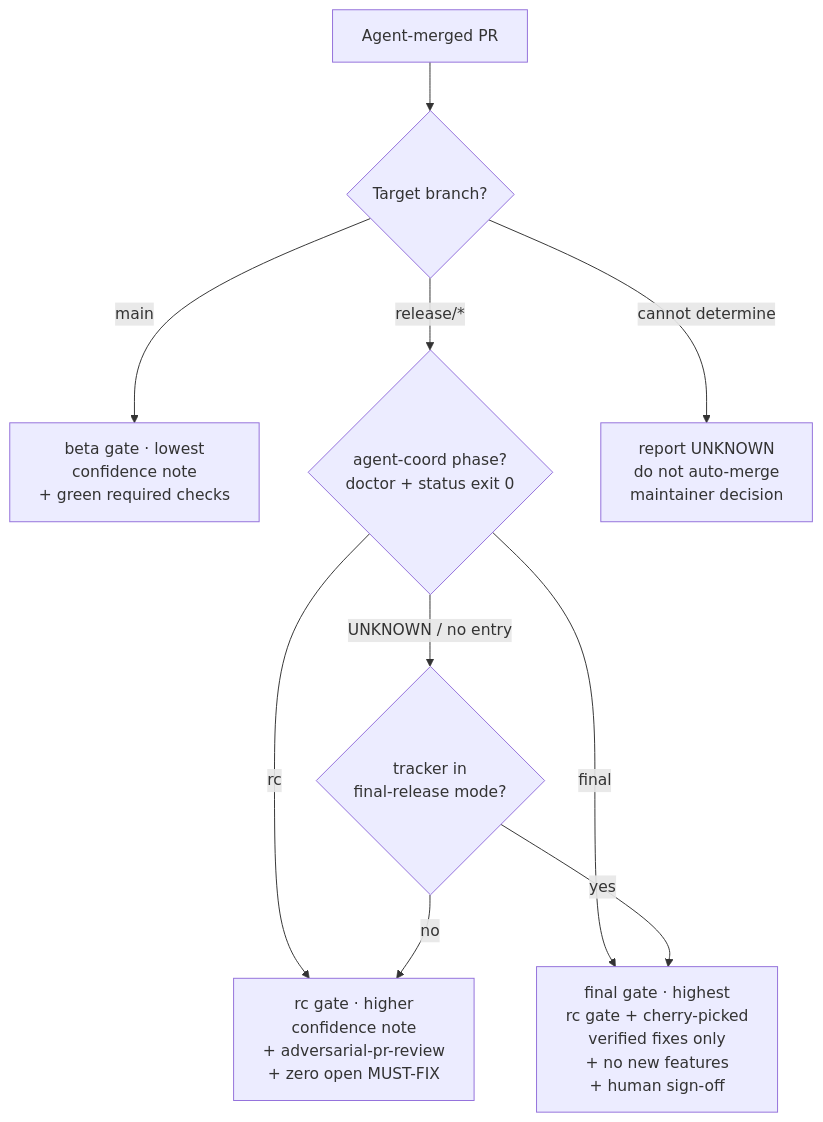
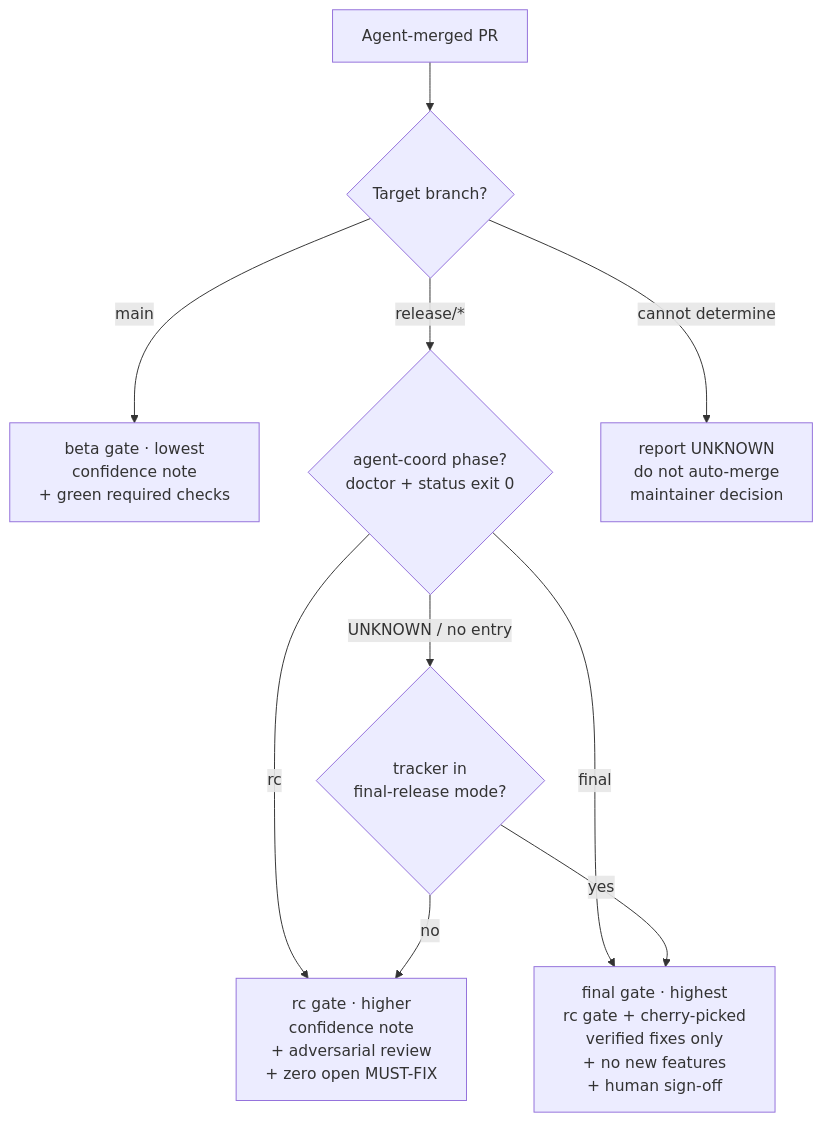
The third of 3 diagrams in internal/contributor-info/release-train-runbook.md (shakacode/react_on_rails), drawn with Mermaid before and after one commit. The commit also changed other lines of this file and 28 other files, not shown here.

````diff
--- a/internal/contributor-info/release-train-runbook.md
+++ b/internal/contributor-info/release-train-runbook.md
@@ -2028,12 +2028,12 @@
 ```mermaid
 flowchart TD
     PR["Agent-merged PR"] --> T{"Target branch?"}
     T -->|"main"| BETA["beta gate · lowest<br/>confidence note<br/>+ green required checks"]
     T -->|"release/*"| AC{"agent-coord phase?<br/>doctor + status exit 0"}
     T -->|"cannot determine"| NOAM["report UNKNOWN<br/>do not auto-merge<br/>maintainer decision"]
-    AC -->|"rc"| RC["rc gate · higher<br/>confidence note<br/>+ adversarial-pr-review<br/>+ zero open MUST-FIX"]
+    AC -->|"rc"| RC["rc gate · higher<br/>confidence note<br/>+ adversarial review<br/>+ zero open MUST-FIX"]
     AC -->|"final"| FINAL["final gate · highest<br/>rc gate + cherry-picked<br/>verified fixes only<br/>+ no new features<br/>+ human sign-off"]
     AC -->|"UNKNOWN / no entry"| FB{"tracker in<br/>final-release mode?"}
     FB -->|"no"| RC
     FB -->|"yes"| FINAL
 ```
````
